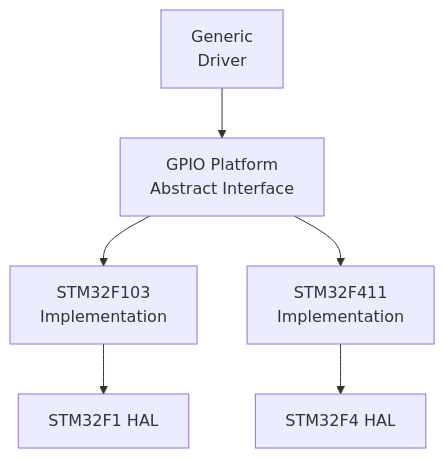
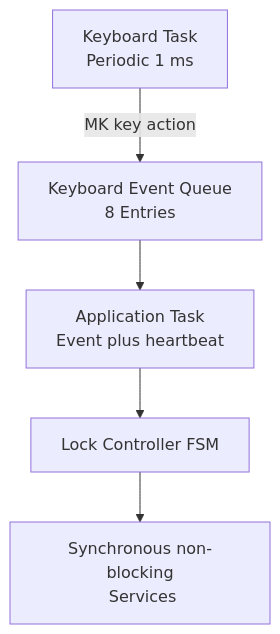
One commit to JP-REY/STM32F103C8T6-Based-Electronic-Lock changed the ninth of 16 diagrams in Platforms/README.md. Above: the diagram before and after it, drawn with Mermaid. The commit also changed other lines of this file and 16 other files, not shown here.

````diff
--- a/Platforms/README.md
+++ b/Platforms/README.md
@@ -569,20 +975,13 @@
 ```mermaid
 flowchart TB
-    DRIVER["Generic<br/>Driver"]
+    KEYBOARD["Keyboard Task<br/> Periodic 1 ms"]
+    QUEUE["Keyboard Event Queue<br/>8 Entries"]
+    APP["Application Task<br/> Event plus heartbeat"]
+    FSM["Lock Controller FSM"]
+    SERVICES["Synchronous non-blocking<br/> Services"]
 
-    INTERFACE["GPIO Platform<br/>Abstract Interface"]
-
-    F103["STM32F103<br/>Implementation"]
-    F411["STM32F411<br/>Implementation"]
-
-    HAL1["STM32F1 HAL"]
-    HAL2["STM32F4 HAL"]
-
-    DRIVER --> INTERFACE
-
-    INTERFACE --> F103
-    INTERFACE --> F411
-
-    F103 --> HAL1
-    F411 --> HAL2
+    KEYBOARD -->|"MK key action"| QUEUE
+    QUEUE --> APP
+    APP --> FSM
+    FSM --> SERVICES
 ```
````
